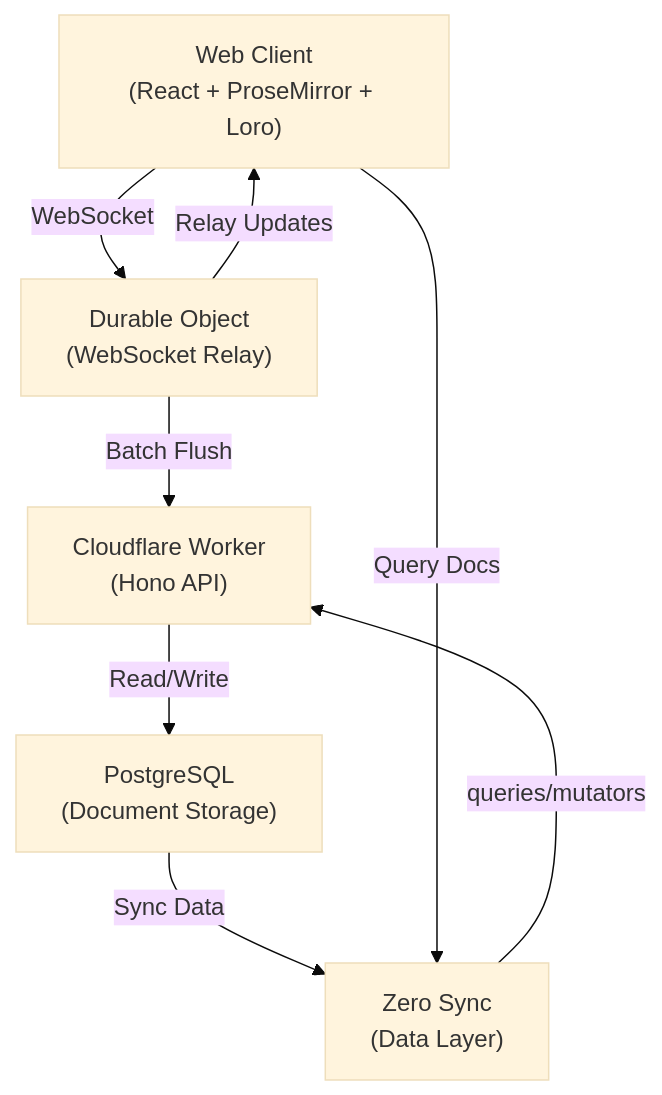
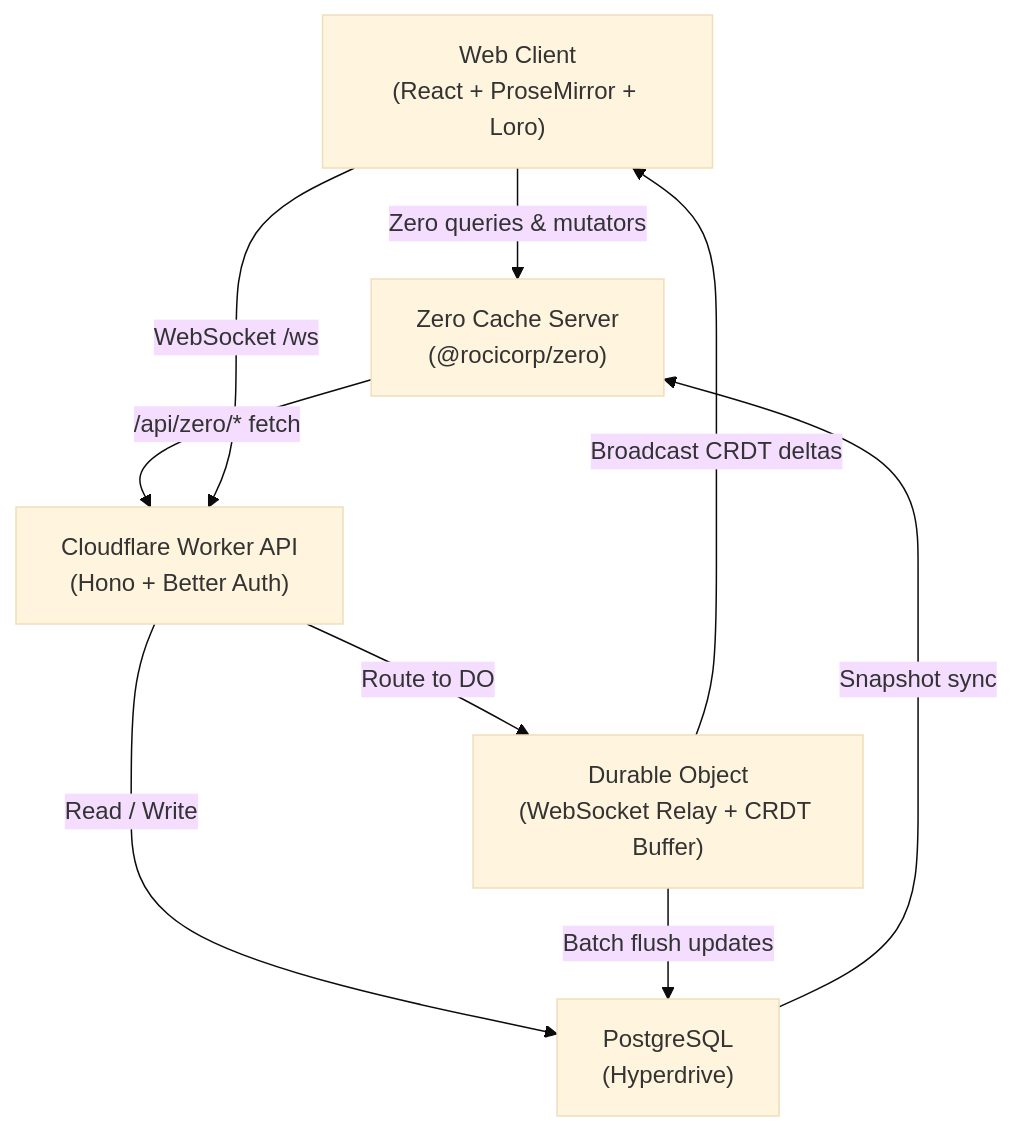
The diagram in README.md (tongyin002/Concord), drawn with Mermaid (base theme) before and after one commit.

````diff
--- a/README.md
+++ b/README.md
@@ -11,16 +11,18 @@
 ```mermaid
 graph TB
     Web["Web Client<br/>(React + ProseMirror + Loro)"]
-    API["Cloudflare Worker<br/>(Hono API)"]
-    DO["Durable Object<br/>(WebSocket Relay)"]
-    DB["PostgreSQL<br/>(Document Storage)"]
-    Zero["Zero Sync<br/>(Data Layer)"]
+    Zero["Zero Cache Server<br/>(@rocicorp/zero)"]
+    API["Cloudflare Worker API<br/>(Hono + Better Auth)"]
+    DO["Durable Object<br/>(WebSocket Relay + CRDT Buffer)"]
+    DB["PostgreSQL<br/>(Hyperdrive)"]
 
-    Web -->|WebSocket| DO
-    DO -->|Relay Updates| Web
-    DO -->|Batch Flush| API
-    API -->|Read/Write| DB
-    DB -->|Sync Data| Zero
-    Zero -->|queries/mutators| API
-    Web -->|Query Docs| Zero
+    Web -->|Zero queries & mutators| Zero
+    Zero -->|/api/zero/* fetch| API
+    API -->|Read / Write| DB
+    DB -->|Snapshot sync| Zero
+
+    Web -->|WebSocket /ws| API
+    API -->|Route to DO| DO
+    DO -->|Broadcast CRDT deltas| Web
+    DO -->|Batch flush updates| DB
 ```
````
